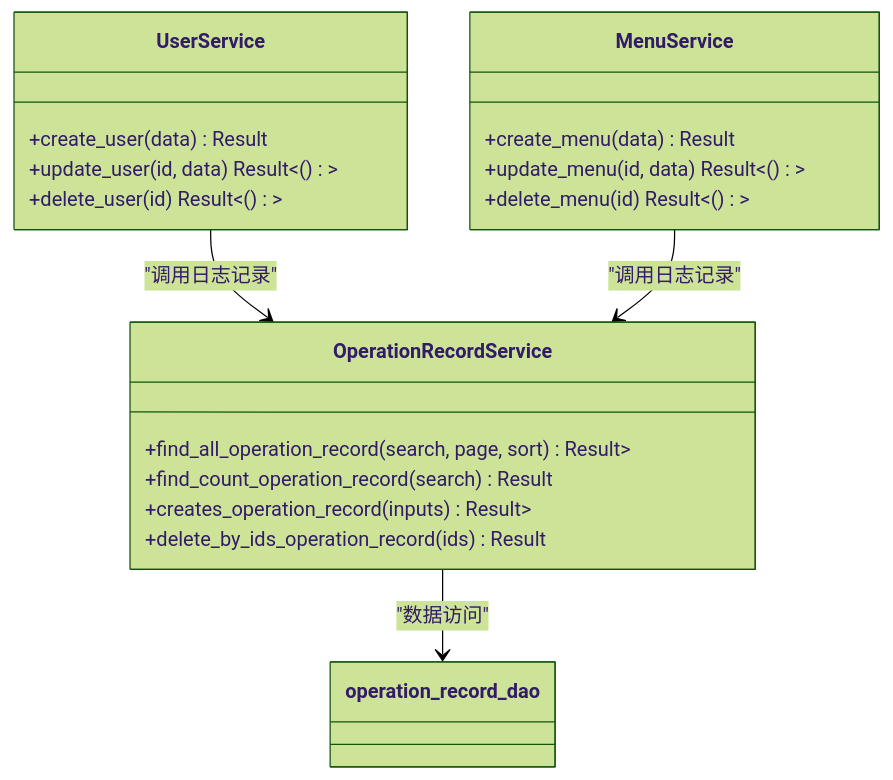
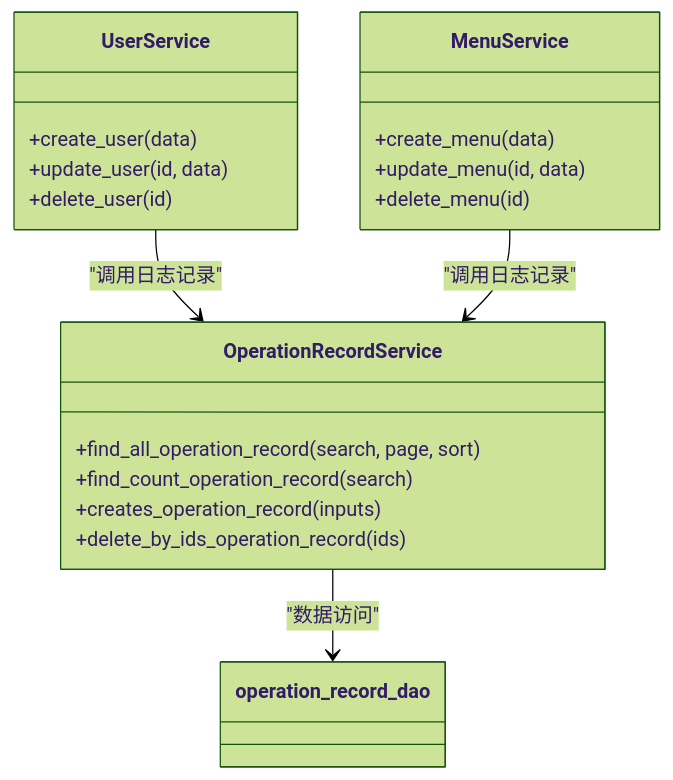
Before and after one commit to sail-sail/docs: the second of 3 diagrams in repowiki/rust/核心功能模块详解/日志系统/操作日志.md, drawn with Mermaid (forest theme). The commit also changed other lines of this file and 1 other file, not shown here.

Commit message:
< 泛型被误认为是 html 标签

````diff
--- a/repowiki/rust/核心功能模块详解/日志系统/操作日志.md
+++ b/repowiki/rust/核心功能模块详解/日志系统/操作日志.md
@@ -83,22 +83,22 @@
 ```mermaid
 classDiagram
 class OperationRecordService {
-+find_all_operation_record(search, page, sort) Result<Vec<OperationRecordModel>>
-+find_count_operation_record(search) Result<u64>
-+creates_operation_record(inputs) Result<Vec<OperationRecordId>>
-+delete_by_ids_operation_record(ids) Result<u64>
++find_all_operation_record(search, page, sort)
++find_count_operation_record(search)
++creates_operation_record(inputs)
++delete_by_ids_operation_record(ids)
 }
 class UserService {
-+create_user(data) Result<UserId>
-+update_user(id, data) Result<()>
-+delete_user(id) Result<()>
++create_user(data)
++update_user(id, data)
++delete_user(id)
 }
 class MenuService {
-+create_menu(data) Result<MenuId>
-+update_menu(id, data) Result<()>
-+delete_menu(id) Result<()>
++create_menu(data)
++update_menu(id, data)
++delete_menu(id)
 }
 UserService --> OperationRecordService : "调用日志记录"
 MenuService --> OperationRecordService : "调用日志记录"
 OperationRecordService --> operation_record_dao : "数据访问"
 ```
````
